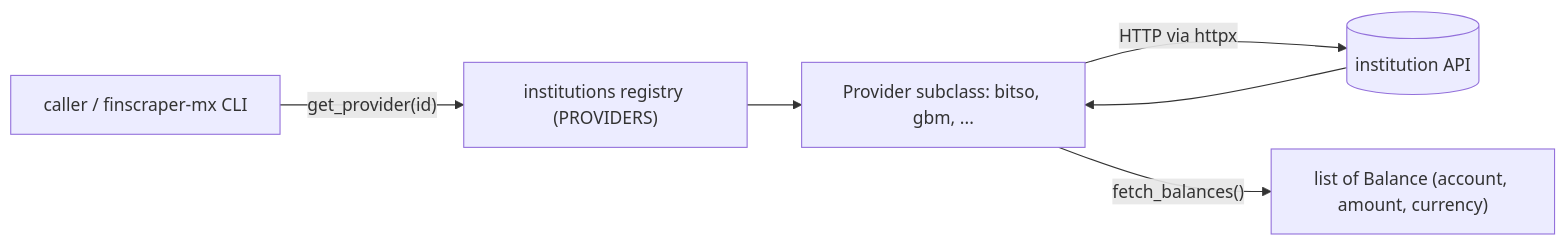
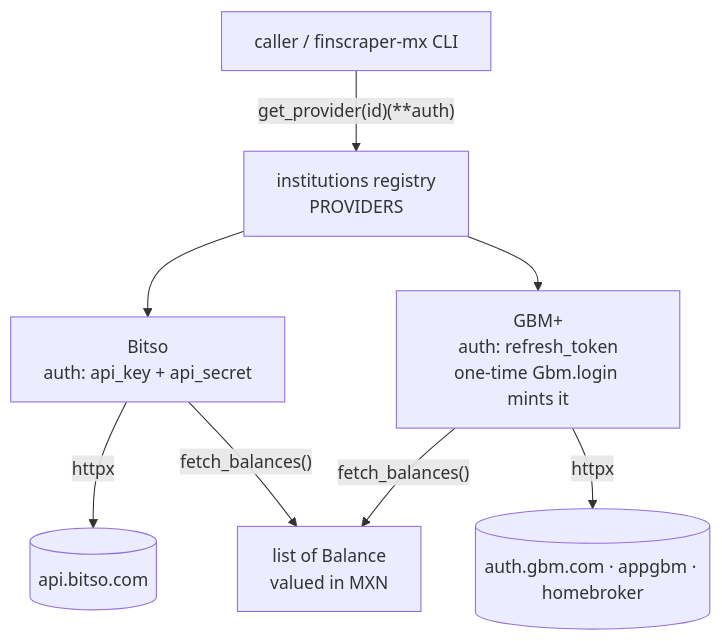
One commit to PaoloReyes/finscraper-mx changed the diagram in AGENTS.md. Above: the diagram before and after it, drawn with Mermaid. The commit also changed other lines of this file and 5 other files, not shown here.

First line of the commit message:
Add per-provider flow diagrams; gate checks diagram + flows are in sync

````diff
--- a/AGENTS.md
+++ b/AGENTS.md
@@ -26,8 +26,10 @@
 ```mermaid
-flowchart LR
-  caller["caller / finscraper-mx CLI"] -->|"get_provider(id)"| reg["institutions registry (PROVIDERS)"]
-  reg --> prov["Provider subclass: bitso, gbm, ..."]
-  prov -->|"HTTP via httpx"| api[("institution API")]
-  api --> prov
-  prov -->|"fetch_balances()"| bal["list of Balance (account, amount, currency)"]
+flowchart TD
+  caller["caller / finscraper-mx CLI"] -->|"get_provider(id)(**auth)"| reg["institutions registry<br/>PROVIDERS"]
+  reg --> bitso["Bitso<br/>auth: api_key + api_secret"]
+  reg --> gbm["GBM+<br/>auth: refresh_token<br/>one-time Gbm.login mints it"]
+  bitso -->|"httpx"| bapi[("api.bitso.com")]
+  gbm -->|"httpx"| gapi[("auth.gbm.com · appgbm · homebroker")]
+  bitso -->|"fetch_balances()"| bal["list of Balance<br/>valued in MXN"]
+  gbm -->|"fetch_balances()"| bal
 ```
````
